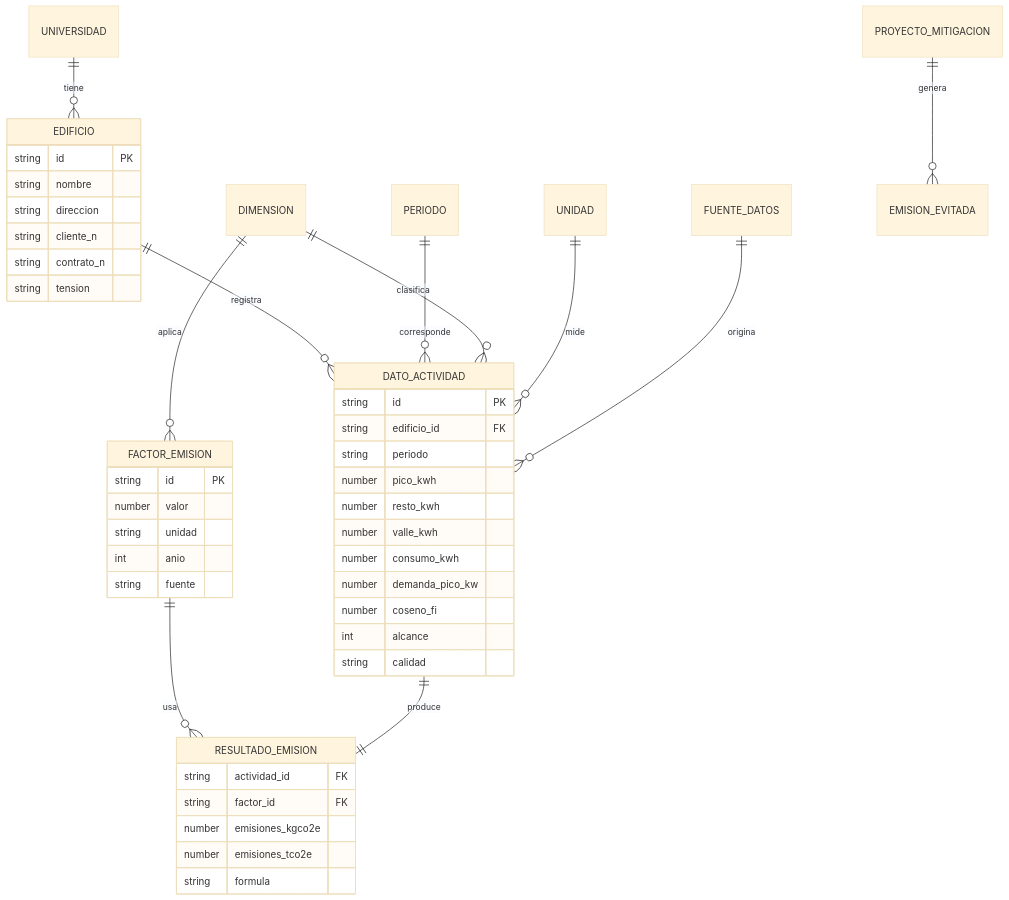
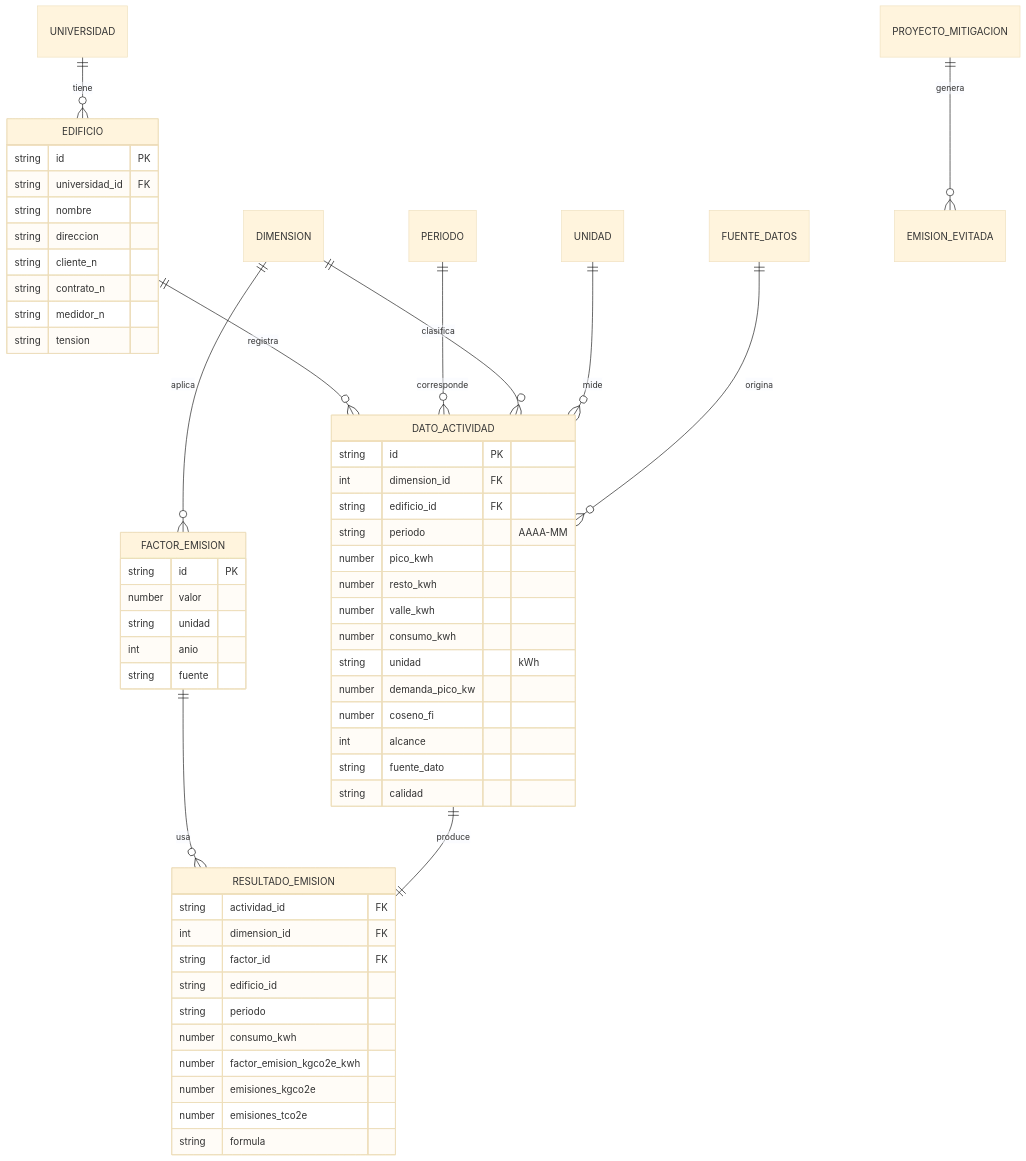
One commit to mayex-gif/green-software changed the diagram in docs/02-documentacion-tecnica.md. Above: the diagram before and after it, drawn with Mermaid (base theme). The commit also changed other lines of this file and 23 other files, not shown here.

````diff
--- a/docs/02-documentacion-tecnica.md
+++ b/docs/02-documentacion-tecnica.md
@@ -54,49 +56,59 @@
 ```mermaid
 erDiagram
     UNIVERSIDAD ||--o{ EDIFICIO : tiene
     EDIFICIO ||--o{ DATO_ACTIVIDAD : registra
     PERIODO ||--o{ DATO_ACTIVIDAD : corresponde
     DIMENSION ||--o{ DATO_ACTIVIDAD : clasifica
     UNIDAD ||--o{ DATO_ACTIVIDAD : mide
     FUENTE_DATOS ||--o{ DATO_ACTIVIDAD : origina
     DIMENSION ||--o{ FACTOR_EMISION : aplica
     FACTOR_EMISION ||--o{ RESULTADO_EMISION : usa
     DATO_ACTIVIDAD ||--|| RESULTADO_EMISION : produce
     PROYECTO_MITIGACION ||--o{ EMISION_EVITADA : genera
 
     EDIFICIO {
         string id PK
+        string universidad_id FK
         string nombre
         string direccion
         string cliente_n
         string contrato_n
+        string medidor_n
         string tension
     }
     DATO_ACTIVIDAD {
         string id PK
+        int dimension_id FK
         string edificio_id FK
-        string periodo
+        string periodo "AAAA-MM"
         number pico_kwh
         number resto_kwh
         number valle_kwh
         number consumo_kwh
+        string unidad "kWh"
         number demanda_pico_kw
         number coseno_fi
         int alcance
+        string fuente_dato
         string calidad
     }
     FACTOR_EMISION {
         string id PK
         number valor
         string unidad
         int anio
         string fuente
     }
     RESULTADO_EMISION {
         string actividad_id FK
+        int dimension_id FK
         string factor_id FK
+        string edificio_id
+        string periodo
+        number consumo_kwh
+        number factor_emision_kgco2e_kwh
         number emisiones_kgco2e
         number emisiones_tco2e
         string formula
     }
 ```
````
